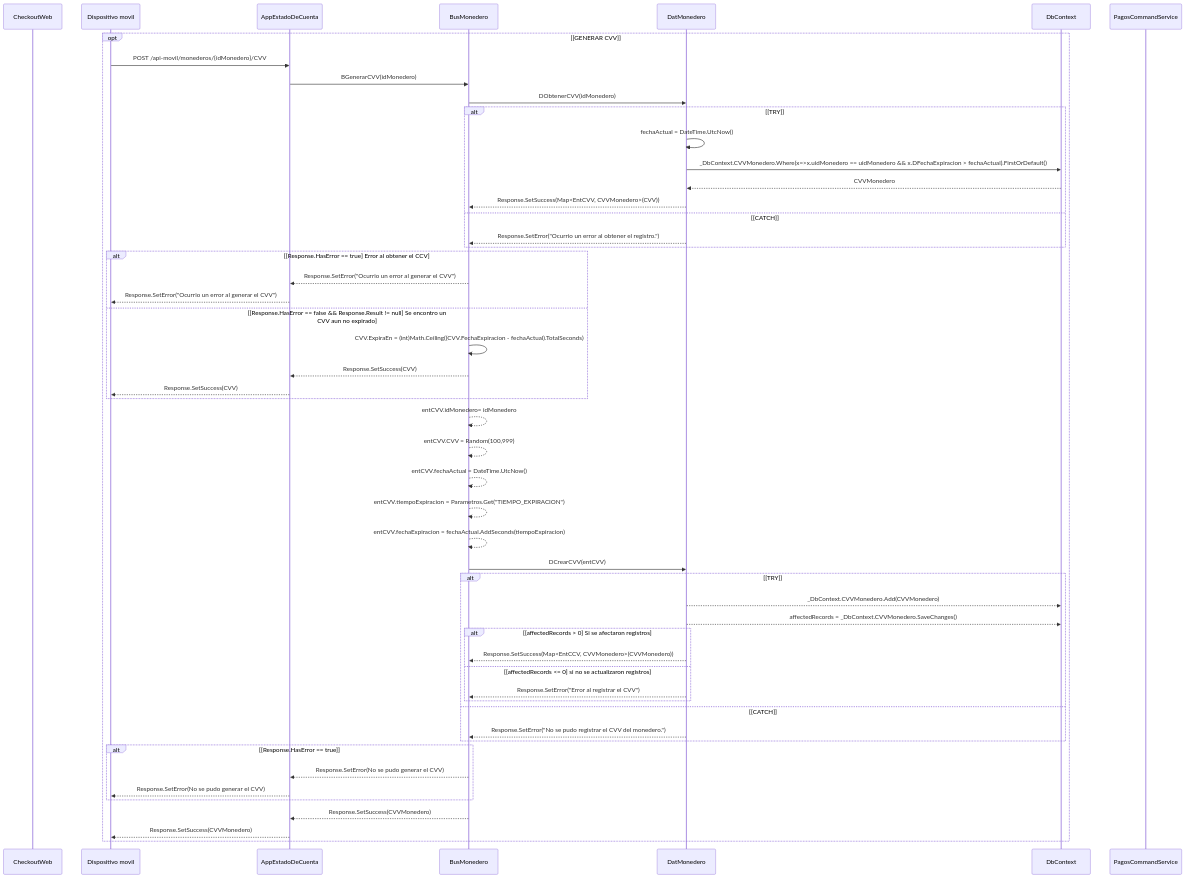
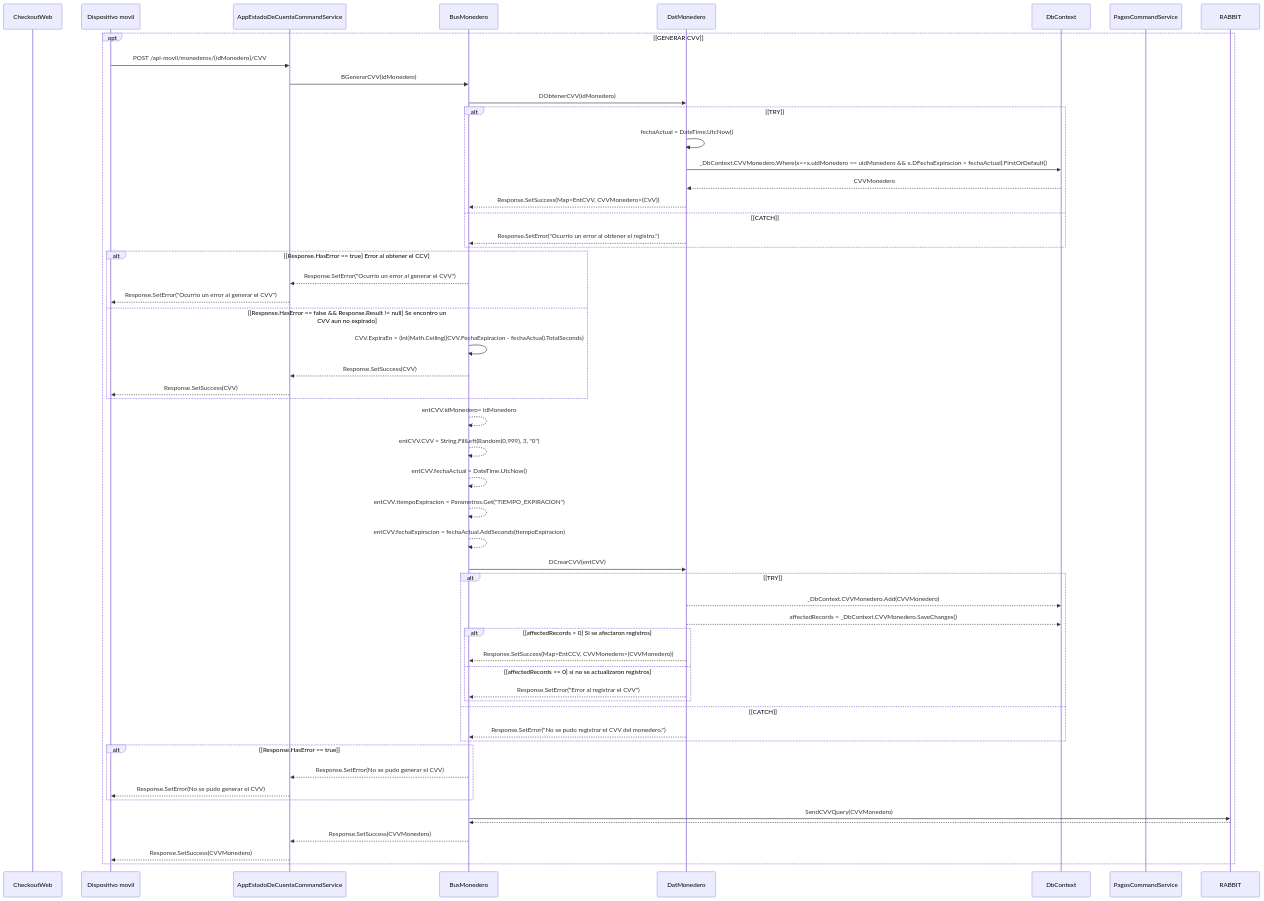
Before and after one commit to ymanzon/mermaid-studio-diagrams: the diagram in mermaid-diagrams/diagrams/generarcvv/diagram.mmd, drawn with Mermaid.

Commit message:
Mermaid Studio: update «GenerarCVV»

```diff
--- a/mermaid-diagrams/diagrams/generarcvv/diagram.mmd
+++ b/mermaid-diagrams/diagrams/generarcvv/diagram.mmd
@@ -1,58 +1,61 @@
 sequenceDiagram
     participant c2 as CheckoutWeb
     participant c1 as Dispositivo movil
-    participant ms1 as AppEstadoDeCuenta
+    participant ms1 as AppEstadoDeCuentaCommandService
     participant buss1 as BusMonedero
     participant dat1 as DatMonedero
     participant DB as DbContext
     participant ms2 as PagosCommandService
+    participant rabbit as RABBIT
 
     opt [GENERAR CVV]
         c1->>ms1:POST	/api-movil/monederos/{idMonedero}/CVV
         ms1->>buss1:BGenerarCVV(idMonedero)
         buss1->>dat1:DObtenerCVV(idMonedero)
         alt [TRY]
           dat1->>dat1:fechaActual = DateTime.UtcNow()
           dat1->>DB:_DbContext.CVVMonedero.Where(x=>x.uidMonedero == uidMonedero && x.DFechaExpiracion > fechaActual).FirstOrDefault()
           DB-->>dat1:CVVMonedero
           dat1-->>buss1:Response.SetSuccess(Map<EntCVV, CVVMonedero>(CVV))
         else [CATCH]
           dat1-->>buss1:Response.SetError("Ocurrio un error al obtener el registro.")
         end
 
         alt [Response.HasError == true] Error al obtener el CCV
 		      buss1-->>ms1:Response.SetError("Ocurrio un error al generar el CVV")
           ms1-->>c1:Response.SetError("Ocurrio un error al generar el CVV")
         else [Response.HasError == false && Response.Result != null] Se encontro un CVV aun no expirado
           buss1->>buss1:CVV.ExpiraEn = (int)Math.Ceiling((CVV.FechaExpiracion - fechaActual).TotalSeconds);
           buss1-->>ms1:Response.SetSuccess(CVV)
           ms1-->>c1:Response.SetSuccess(CVV)
         end
 
         buss1-->>buss1: entCVV.idMonedero= idMonedero
-        buss1-->>buss1: entCVV.CVV = Random(100,999)
+        buss1-->>buss1: entCVV.CVV = String.FillLeft(Random(0,999), 3, "0")
         buss1-->>buss1: entCVV.fechaActual = DateTime.UtcNow()
         buss1-->>buss1: entCVV.tiempoExpiracion = Parametros.Get("TIEMPO_EXPIRACION")
         buss1-->>buss1: entCVV.fechaExpiracion = fechaActual.AddSeconds(tiempoExpiracion)
         buss1->>dat1:DCrearCVV(entCVV);
 
         alt [TRY]
           dat1-->>DB:_DbContext.CVVMonedero.Add(CVVMonedero);
           dat1-->>DB:affectedRecords = _DbContext.CVVMonedero.SaveChanges()
 
           alt [affectedRecords > 0] Si se afectaron registros
             dat1-->>buss1:Response.SetSuccess(Map<EntCCV, CVVMonedero>(CVVMonedero))
           else [affectedRecords <= 0] si no se actualizaron registros
             dat1-->>buss1:Response.SetError("Error al registrar el CVV")
           end
         else [CATCH]
           dat1-->>buss1: Response.SetError("No se pudo registrar el CVV del monedero.")
         end
 
         alt [Response.HasError == true]
           buss1-->>ms1:Response.SetError(No se pudo generar el CVV)
           ms1-->>c1:Response.SetError(No se pudo generar el CVV)
         end
+        buss1->>rabbit:SendCVVQuery(CVVMonedero)
+        rabbit-->>buss1:
         buss1-->>ms1:Response.SetSuccess(CVVMonedero)
         ms1-->>c1:Response.SetSuccess(CVVMonedero)
     end
```
